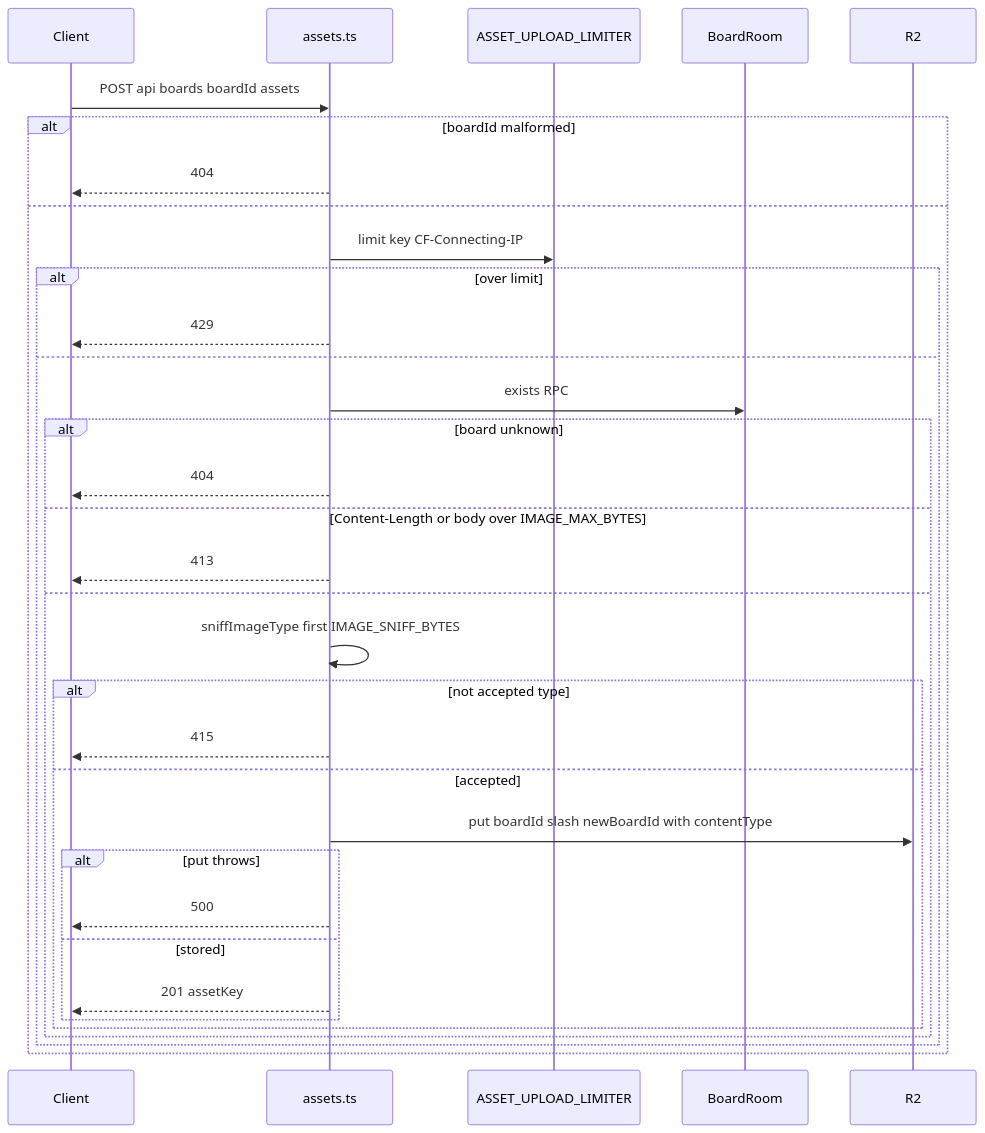
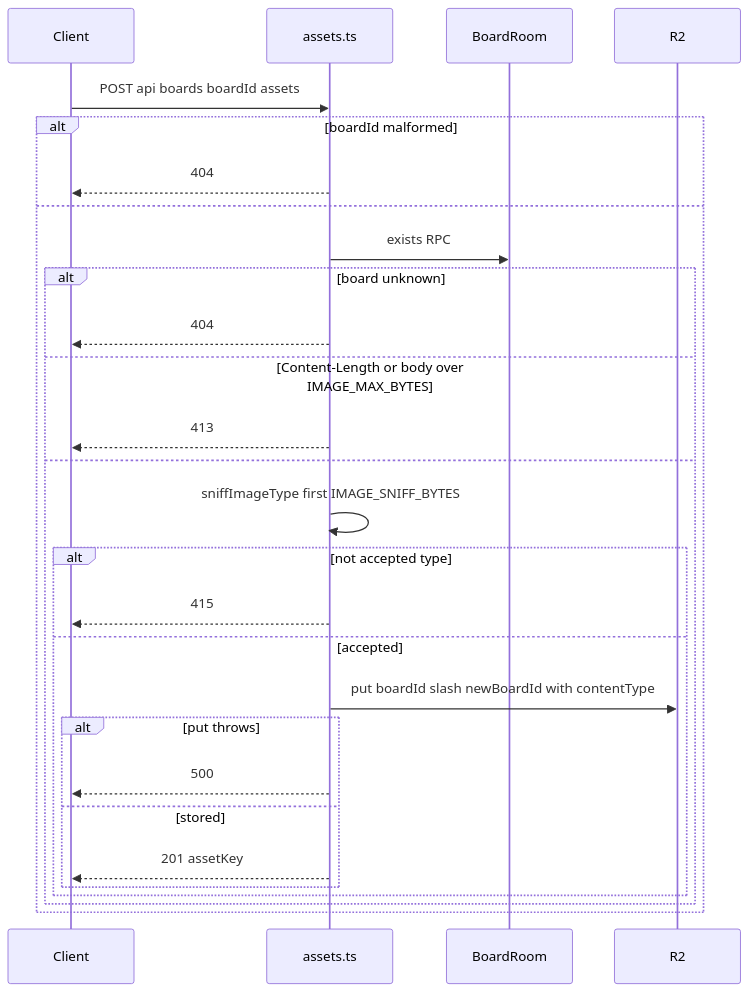
The fourth of 7 diagrams in benchmarks/vidi/spec/stories/012-drop-images-onto-the-board/design.md (boxabirds/awesome-local-ai), drawn with Mermaid before and after one commit. The commit also changed other lines of this file and 12 other files, not shown here.

````diff
--- a/benchmarks/vidi/spec/stories/012-drop-images-onto-the-board/design.md
+++ b/benchmarks/vidi/spec/stories/012-drop-images-onto-the-board/design.md
@@ -142,36 +136,30 @@
 ```mermaid
 sequenceDiagram
     participant C as Client
     participant W as assets.ts
-    participant L as ASSET_UPLOAD_LIMITER
     participant R as BoardRoom
     participant B as R2
     C->>W: POST api boards boardId assets
     alt boardId malformed
         W-->>C: 404
     else
-        W->>L: limit key CF-Connecting-IP
-        alt over limit
-            W-->>C: 429
+        W->>R: exists RPC
+        alt board unknown
+            W-->>C: 404
+        else Content-Length or body over IMAGE_MAX_BYTES
+            W-->>C: 413
         else
-            W->>R: exists RPC
-            alt board unknown
-                W-->>C: 404
-            else Content-Length or body over IMAGE_MAX_BYTES
-                W-->>C: 413
-            else
-                W->>W: sniffImageType first IMAGE_SNIFF_BYTES
-                alt not accepted type
-                    W-->>C: 415
-                else accepted
-                    W->>B: put boardId slash newBoardId with contentType
-                    alt put throws
-                        W-->>C: 500
-                    else stored
-                        W-->>C: 201 assetKey
-                    end
+            W->>W: sniffImageType first IMAGE_SNIFF_BYTES
+            alt not accepted type
+                W-->>C: 415
+            else accepted
+                W->>B: put boardId slash newBoardId with contentType
+                alt put throws
+                    W-->>C: 500
+                else stored
+                    W-->>C: 201 assetKey
                 end
             end
         end
     end
 ```
````
